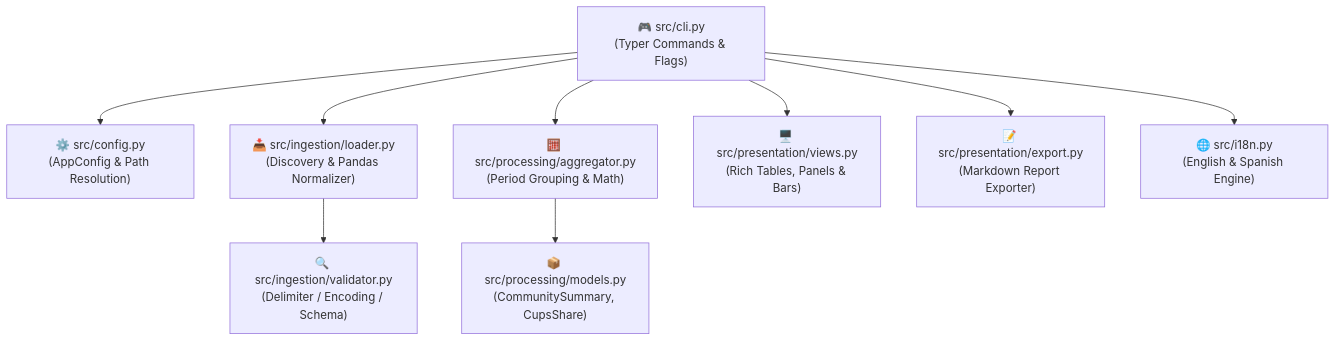
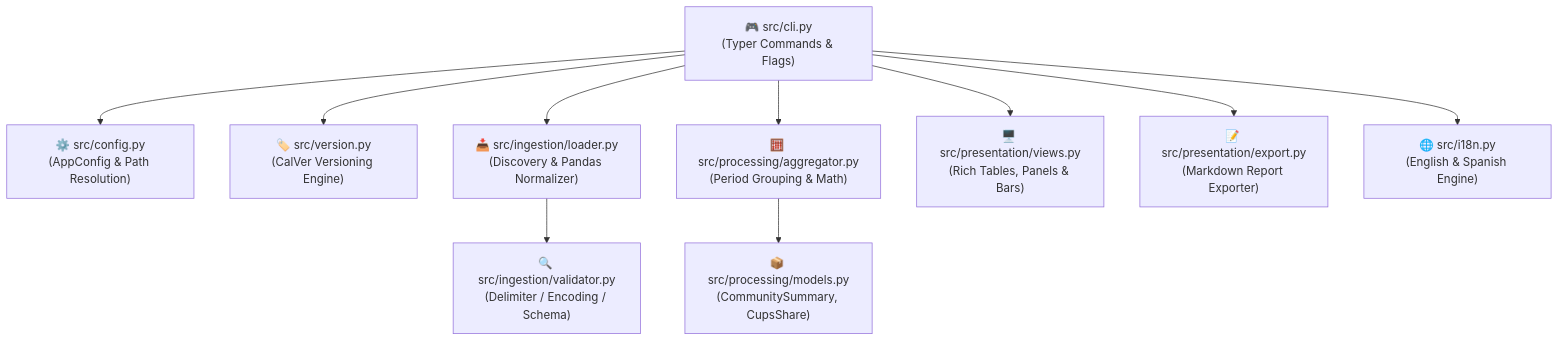
The diagram in AGENTS.md (marcosDLCS/datadis-analyzer), drawn with Mermaid before and after one commit. The commit also changed other lines of this file and 15 other files, not shown here.

First line of the commit message:
feat(cli,version): enforce mandatory da init and add CalVer versioning system

````diff
--- a/AGENTS.md
+++ b/AGENTS.md
@@ -27,11 +27,12 @@
 ```mermaid
 graph TD
     CLI["🎮 src/cli.py\n(Typer Commands & Flags)"] --> CFG["⚙️ src/config.py\n(AppConfig & Path Resolution)"]
+    CLI --> VER["🏷️ src/version.py\n(CalVer Versioning Engine)"]
     CLI --> LOD["📥 src/ingestion/loader.py\n(Discovery & Pandas Normalizer)"]
     LOD --> VAL["🔍 src/ingestion/validator.py\n(Delimiter / Encoding / Schema)"]
     CLI --> AGG["🧮 src/processing/aggregator.py\n(Period Grouping & Math)"]
     AGG --> MOD["📦 src/processing/models.py\n(CommunitySummary, CupsShare)"]
     CLI --> VIEW["🖥️ src/presentation/views.py\n(Rich Tables, Panels & Bars)"]
     CLI --> EXP["📝 src/presentation/export.py\n(Markdown Report Exporter)"]
     CLI --> I18N["🌐 src/i18n.py\n(English & Spanish Engine)"]
 ```
````
